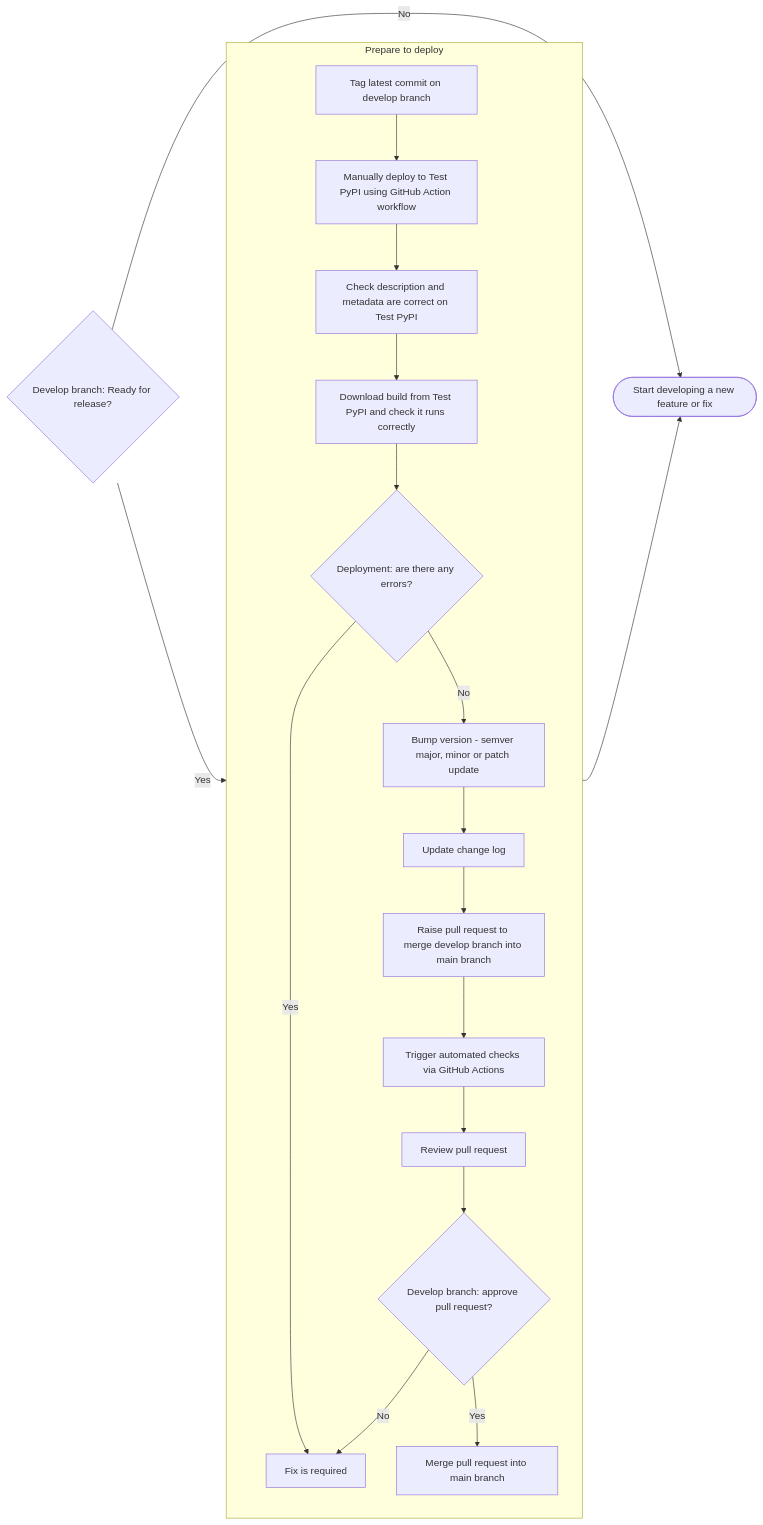
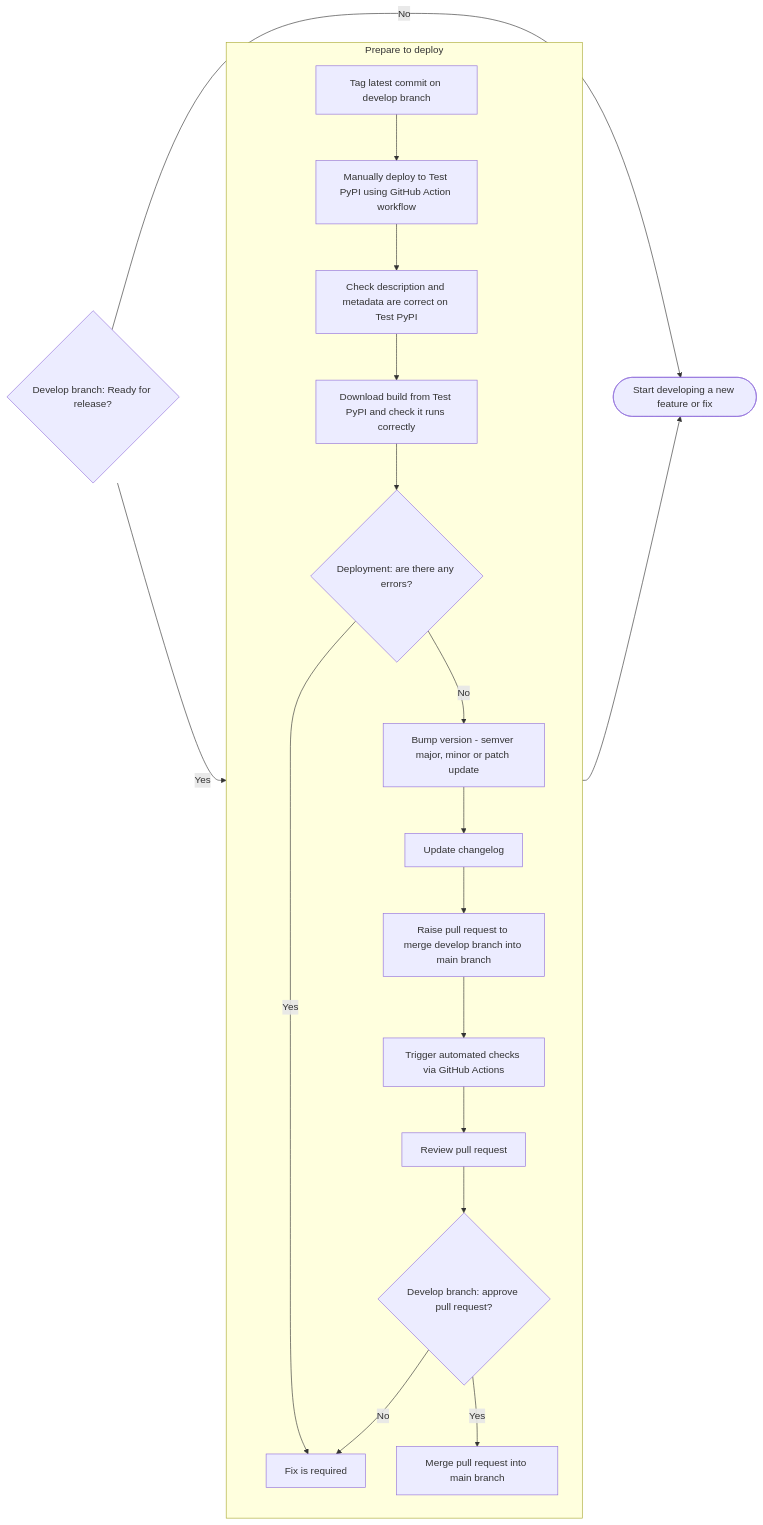
The second of 3 diagrams in docs/branch_and_deploy_guide.md (ONSdigital/scalelink), drawn with Mermaid before and after one commit. The commit also changed other lines of this file, not shown here.

````diff
--- a/docs/branch_and_deploy_guide.md
+++ b/docs/branch_and_deploy_guide.md
@@ -161,40 +161,40 @@
 ```mermaid
 graph LR
     Start1([Start developing a new feature or fix])
 
     Dev1{Develop branch: Ready for release?}
     Dev2[Tag latest commit on develop branch]
     Dev3[Manually deploy to Test PyPI using GitHub Action workflow]
     Dev4[Check description and metadata are correct on Test PyPI]
     Dev5[Download build from Test PyPI and check it runs correctly]
     Dev6{Deployment: are there any errors?}
     Dev7[Fix is required]
     Dev8[Bump version - semver major, minor or patch update]
-    Dev9[Update change log]
+    Dev9[Update changelog]
     Dev10[Raise pull request to merge develop branch into main branch]
     Dev11[Trigger automated checks via GitHub Actions]
     Dev12[Review pull request]
     Dev13{Develop branch: approve pull request?}
     Dev14[Merge pull request into main branch]
 
     subgraph sg1 [Prepare to deploy]
       direction TB
       Dev2 --> Dev3
       Dev3 --> Dev4
       Dev4 --> Dev5
       Dev5 --> Dev6
       Dev6 -- No --> Dev8
       Dev6 -- Yes --> Dev7
       Dev8 --> Dev9
       Dev9 --> Dev10
       Dev10 --> Dev11
       Dev11 --> Dev12
       Dev12 --> Dev13
       Dev13 -- No --> Dev7
       Dev13 -- Yes --> Dev14
     end
 
     Dev1 -- No --> Start1
     Dev1 -- Yes --> Dev2
     Dev7 --> Start1
 ```
````
